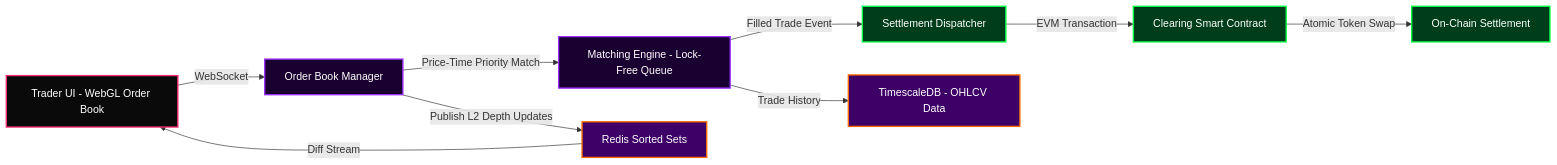
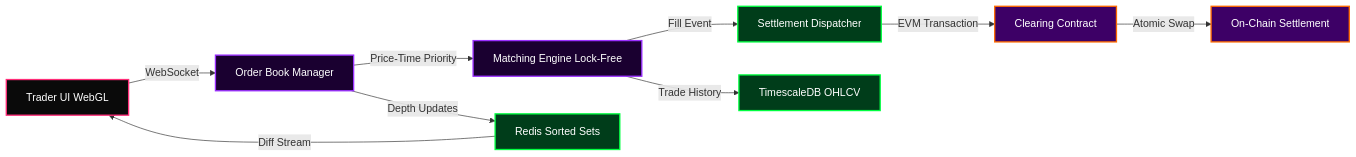
One commit to NewNexus001/newnexus001 changed the fifth of 25 diagrams in README.md. Above: the diagram before and after it, drawn with Mermaid. The commit also changed other lines of this file, not shown here.

````diff
--- a/README.md
+++ b/README.md
@@ -232,16 +196,16 @@
 ```mermaid
 graph LR
-    classDef client fill:#0a0a0a,stroke:#FF2D78,stroke-width:2px,color:#fff
-    classDef engine fill:#1a0030,stroke:#9B30FF,stroke-width:2px,color:#fff
-    classDef settle fill:#003d1a,stroke:#00FF41,stroke-width:2px,color:#fff
-    classDef store fill:#3d0066,stroke:#FF6B00,stroke-width:2px,color:#fff
+    classDef cl fill:#0a0a0a,stroke:#FF2D78,stroke-width:2px,color:#fff
+    classDef en fill:#1a0030,stroke:#9B30FF,stroke-width:2px,color:#fff
+    classDef st fill:#003d1a,stroke:#00FF41,stroke-width:2px,color:#fff
+    classDef bc fill:#3d0066,stroke:#FF6B00,stroke-width:2px,color:#fff
 
-    TW["Trader UI - WebGL Order Book"]:::client -->|WebSocket| OB["Order Book Manager"]:::engine
-    OB -->|Price-Time Priority Match| ME["Matching Engine - Lock-Free Queue"]:::engine
-    ME -->|Filled Trade Event| SF["Settlement Dispatcher"]:::settle
-    SF -->|EVM Transaction| SC["Clearing Smart Contract"]:::settle
-    SC -->|Atomic Token Swap| BC["On-Chain Settlement"]:::settle
-    OB -->|Publish L2 Depth Updates| RZ["Redis Sorted Sets"]:::store
+    TW["Trader UI WebGL"]:::cl -->|WebSocket| OB["Order Book Manager"]:::en
+    OB -->|Price-Time Priority| ME["Matching Engine Lock-Free"]:::en
+    ME -->|Fill Event| SF["Settlement Dispatcher"]:::st
+    SF -->|EVM Transaction| SC["Clearing Contract"]:::bc
+    SC -->|Atomic Swap| BC["On-Chain Settlement"]:::bc
+    OB -->|Depth Updates| RZ["Redis Sorted Sets"]:::st
     RZ -->|Diff Stream| TW
-    ME -->|Trade History| TS["TimescaleDB - OHLCV Data"]:::store
+    ME -->|Trade History| TS["TimescaleDB OHLCV"]:::st
 ```
````
